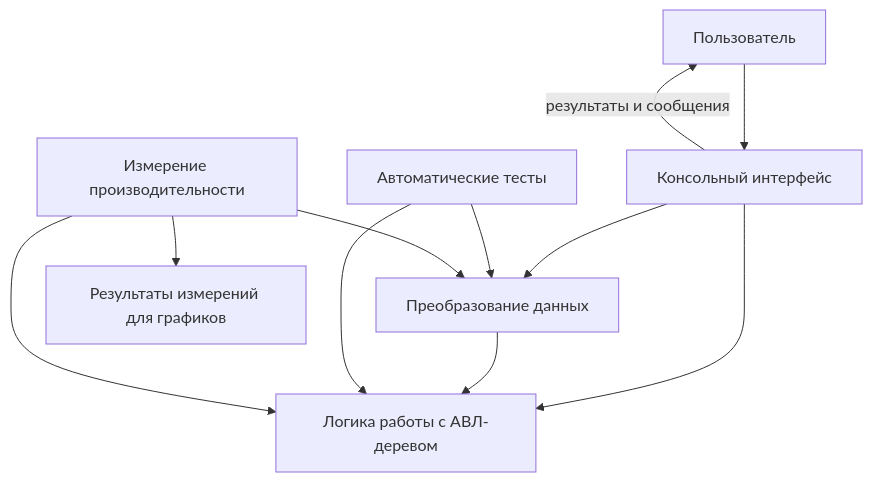
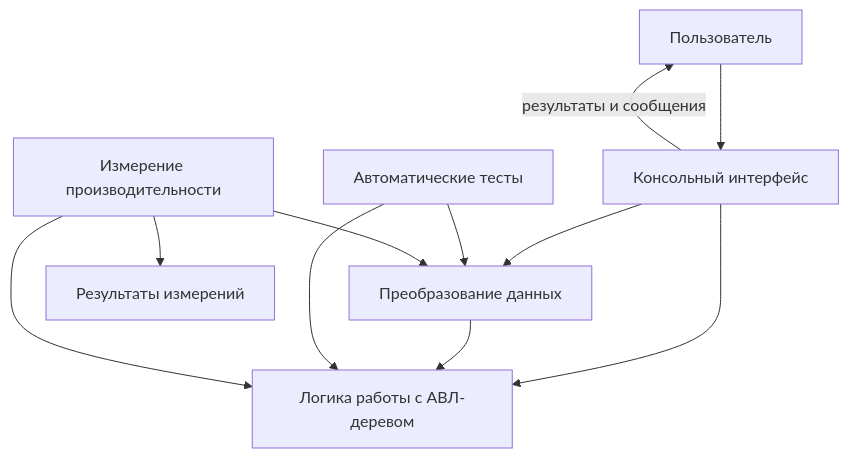
The second of 2 diagrams in README.md (DDDDJptichka/labs_sem3), drawn with Mermaid before and after one commit.

Commit message:
README.md 3

````diff
--- a/README.md
+++ b/README.md
@@ -63,13 +63,13 @@
 ```mermaid
 flowchart TB
     U[Пользователь] --> CLI[Консольный интерфейс]
     CLI --> LOGIC[Логика работы с АВЛ-деревом]
     CLI --> CONVERT[Преобразование данных]
     CONVERT --> LOGIC
     TESTS[Автоматические тесты] --> LOGIC
     TESTS --> CONVERT
     BENCH[Измерение производительности] --> LOGIC
     BENCH --> CONVERT
-    BENCH --> RESULTS[Результаты измерений для графиков]
+    BENCH --> RESULTS[Результаты измерений]
     CLI -->|результаты и сообщения| U
 ```
````
